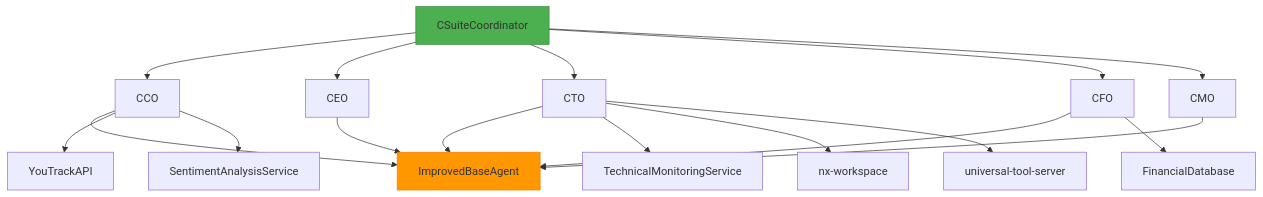
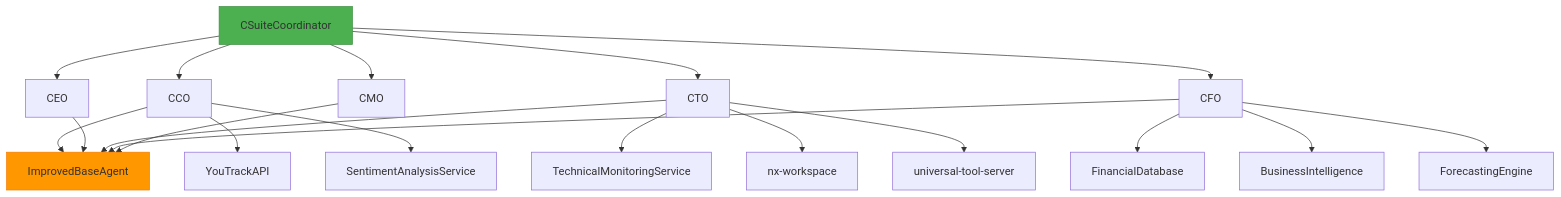
Before and after one commit to 371-Minds/os: the sixth of 6 diagrams in .qoder/repowiki/en/content/C-Suite Agent Coordination.md, drawn with Mermaid. The commit also changed other lines of this file and 23 other files, not shown here.

````diff
--- a/.qoder/repowiki/en/content/C-Suite Agent Coordination.md
+++ b/.qoder/repowiki/en/content/C-Suite Agent Coordination.md
@@ -243,21 +292,23 @@
 ```mermaid
 graph TD
 CSuiteCoordinator --> CCO
 CSuiteCoordinator --> CEO
 CSuiteCoordinator --> CTO
 CSuiteCoordinator --> CFO
 CSuiteCoordinator --> CMO
 CCO --> ImprovedBaseAgent
 CEO --> ImprovedBaseAgent
 CTO --> ImprovedBaseAgent
 CFO --> ImprovedBaseAgent
 CMO --> ImprovedBaseAgent
 CCO --> YouTrackAPI
 CCO --> SentimentAnalysisService
 CFO --> FinancialDatabase
+CFO --> BusinessIntelligence
+CFO --> ForecastingEngine
 CTO --> TechnicalMonitoringService
 CTO --> nx-workspace
 CTO --> universal-tool-server
 style CSuiteCoordinator fill:#4CAF50,stroke:#388E3C
 style ImprovedBaseAgent fill:#FF9800,stroke:#F57C00
 ```
````
